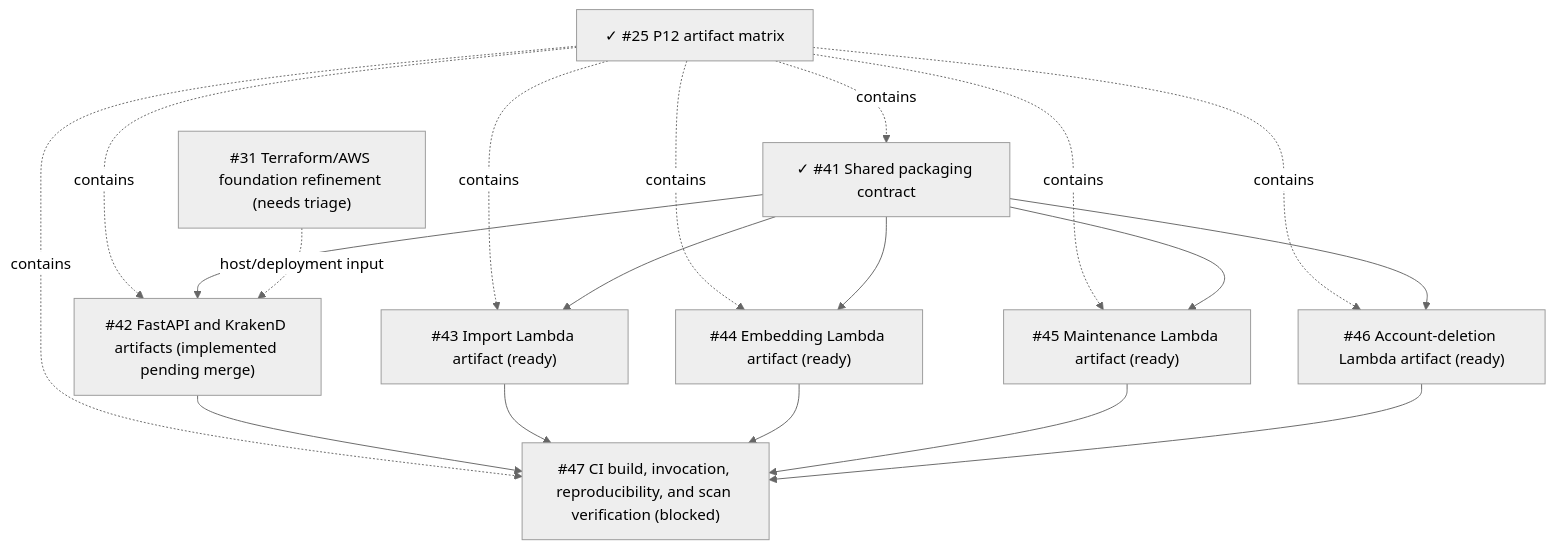
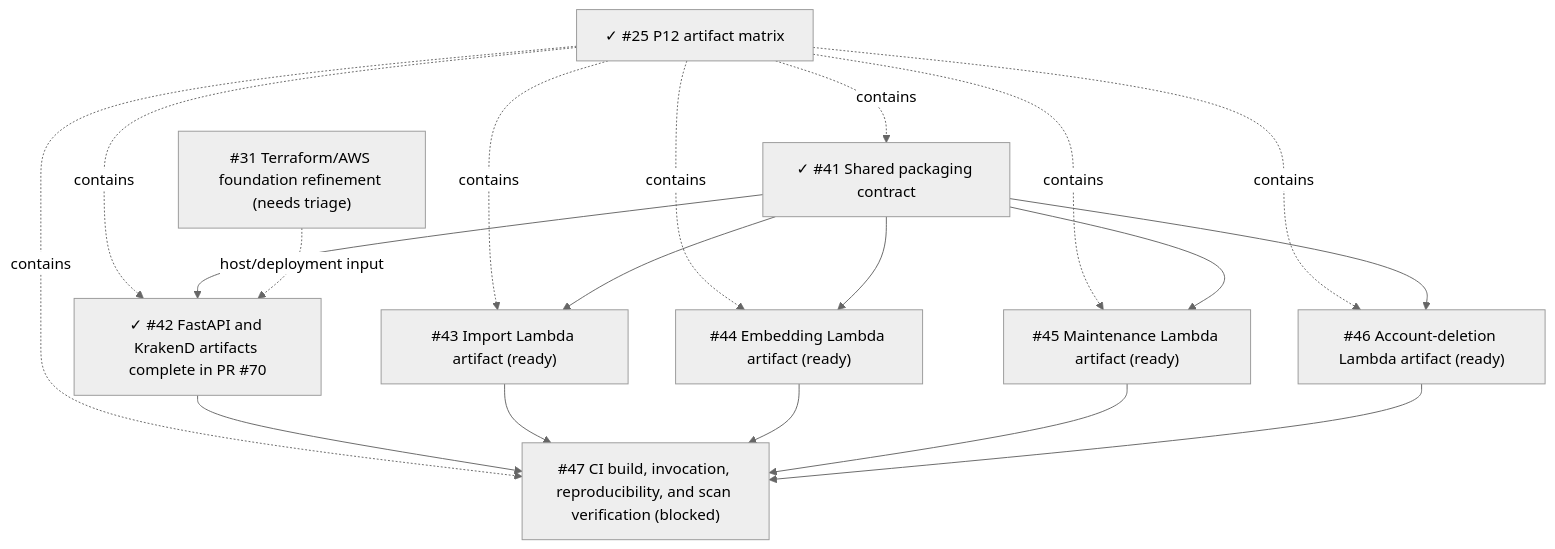
One commit to starkovalera/recipe-manager changed the diagram in docs/specs/2026-08-14-p12-production-artifact-matrix.md. Above: the diagram before and after it, drawn with Mermaid (neutral theme). The commit also changed other lines of this file and 3 other files, not shown here.

````diff
--- a/docs/specs/2026-08-14-p12-production-artifact-matrix.md
+++ b/docs/specs/2026-08-14-p12-production-artifact-matrix.md
@@ -256,34 +256,34 @@
 ```mermaid
 flowchart TD
   p25["✓ #25 P12 artifact matrix"]
   shared["✓ #41 Shared packaging contract"]
-  api["#42 FastAPI and KrakenD artifacts (implemented pending merge)"]
+  api["✓ #42 FastAPI and KrakenD artifacts complete in PR #70"]
   import["#43 Import Lambda artifact (ready)"]
   embedding["#44 Embedding Lambda artifact (ready)"]
   maintenance["#45 Maintenance Lambda artifact (ready)"]
   deletion["#46 Account-deletion Lambda artifact (ready)"]
   ci["#47 CI build, invocation, reproducibility, and scan verification (blocked)"]
   infra["#31 Terraform/AWS foundation refinement (needs triage)"]
 
   p25 -. contains .-> shared
   p25 -. contains .-> api
   p25 -. contains .-> import
   p25 -. contains .-> embedding
   p25 -. contains .-> maintenance
   p25 -. contains .-> deletion
   p25 -. contains .-> ci
 
   shared --> api
   shared --> import
   shared --> embedding
   shared --> maintenance
   shared --> deletion
 
   api --> ci
   import --> ci
   embedding --> ci
   maintenance --> ci
   deletion --> ci
 
   infra -. host/deployment input .-> api
 ```
````
